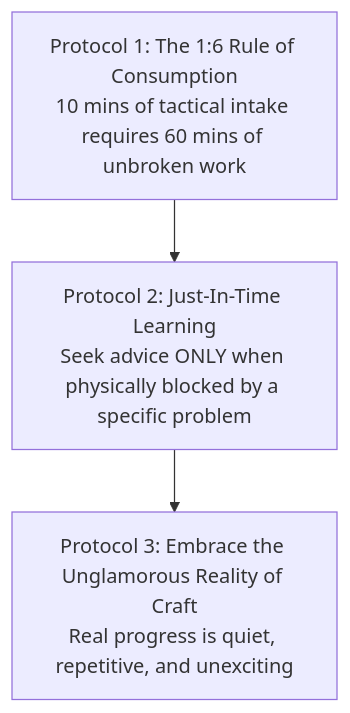
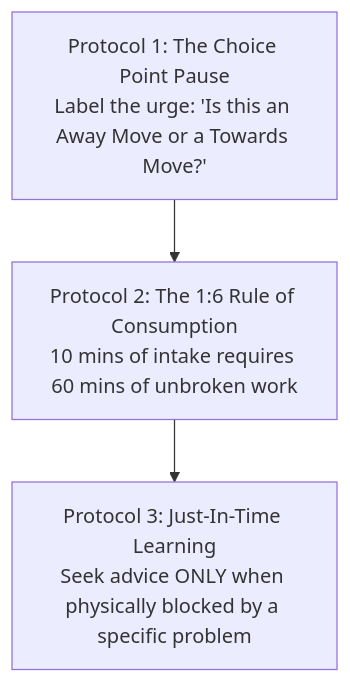
Before and after one commit to vs00918/aravalli: the fifth of 5 diagrams in knowledge-tree/nodes/chapter-20-the-action-paradox-and-illusion-of-preparation.md, drawn with Mermaid. The commit also changed other lines of this file and 544 other files, not shown here.

Commit message:
feat(codex): Living Codex personal knowledge library, Phase A/B/C/D reader architecture, and autonomous zero-API ingestion engine

````diff
--- a/knowledge-tree/nodes/chapter-20-the-action-paradox-and-illusion-of-preparation.md
+++ b/knowledge-tree/nodes/chapter-20-the-action-paradox-and-illusion-of-preparation.md
@@ -80,6 +106,6 @@
 ```mermaid
 graph TD
-    P1[Protocol 1: The 1:6 Rule of Consumption<br>10 mins of tactical intake requires 60 mins of unbroken work]
-    --> P2[Protocol 2: Just-In-Time Learning<br>Seek advice ONLY when physically blocked by a specific problem]
-    --> P3[Protocol 3: Embrace the Unglamorous Reality of Craft<br>Real progress is quiet, repetitive, and unexciting]
+    P1[Protocol 1: The Choice Point Pause<br>Label the urge: 'Is this an Away Move or a Towards Move?']
+    --> P2[Protocol 2: The 1:6 Rule of Consumption<br>10 mins of intake requires 60 mins of unbroken work]
+    --> P3[Protocol 3: Just-In-Time Learning<br>Seek advice ONLY when physically blocked by a specific problem]
 ```
````
